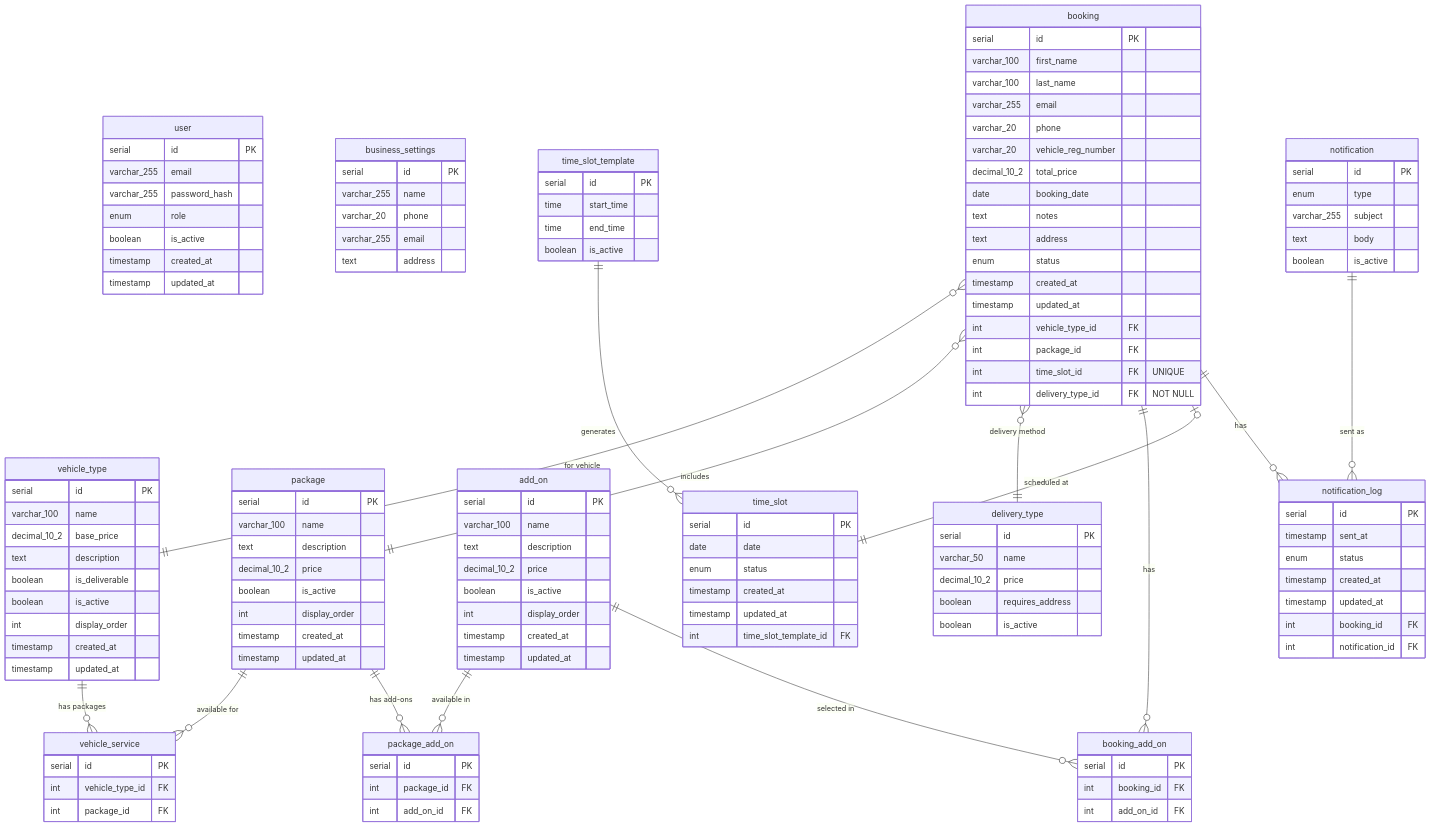
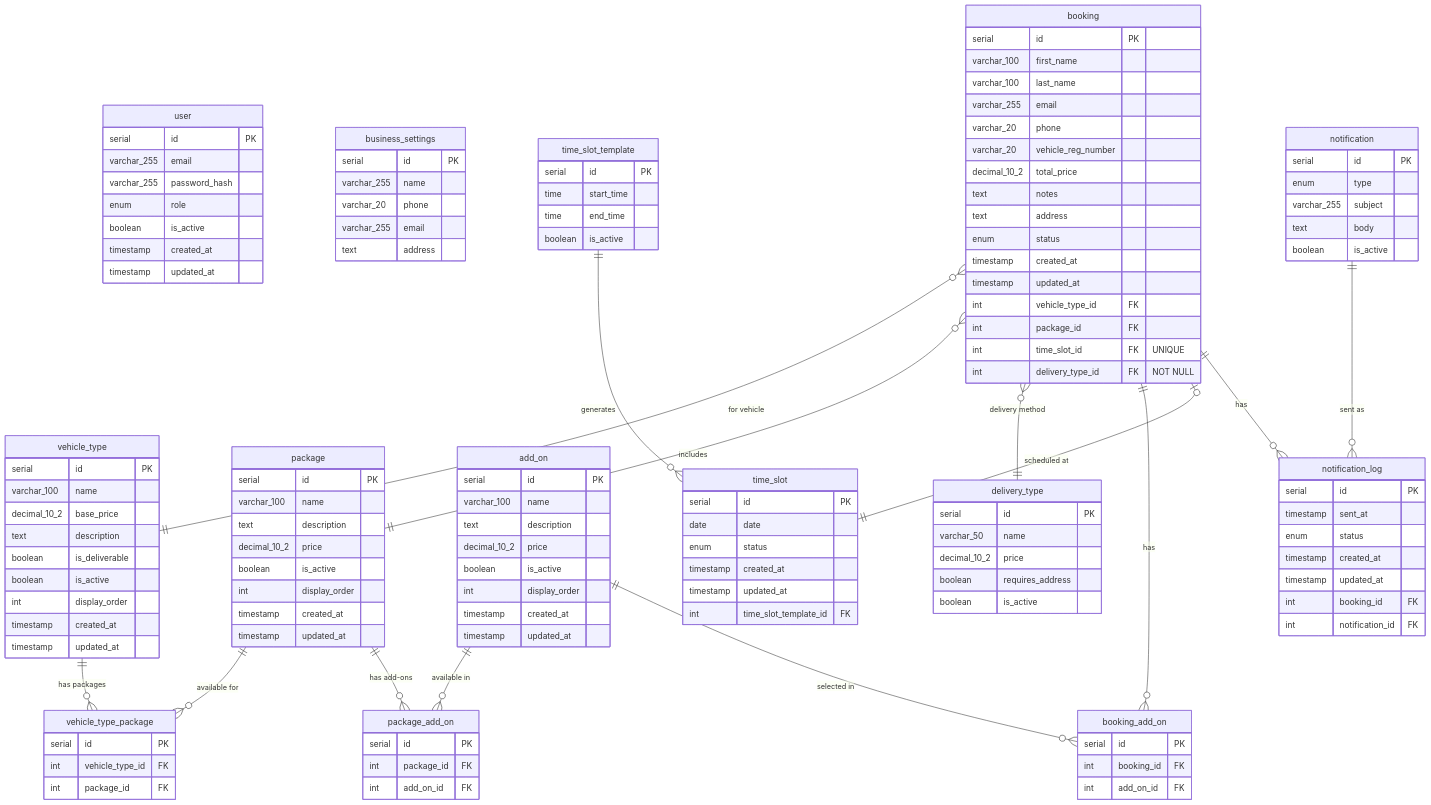
Before and after one commit to aKaidalov/detailing-api: the diagram in docs/erd/v4/erd.md, drawn with Mermaid. The commit also changed other lines of this file and 4 other files, not shown here.

Commit message:
feat: implement schema.sql

```diff
--- a/docs/erd/v4/erd.md
+++ b/docs/erd/v4/erd.md
@@ -104,7 +104,6 @@
         varchar_20 phone
         varchar_20 vehicle_reg_number
         decimal_10_2 total_price
-        date booking_date
         text notes
         text address
         enum status
@@ -142,7 +141,7 @@
     %% JUNCTION TABLES
     %% ==========================================
 
-    vehicle_service {
+    vehicle_type_package {
         serial id PK
         int vehicle_type_id FK
         int package_id FK
@@ -165,8 +164,8 @@
     %% ==========================================
 
     %% Catalog relationships (M:N via junction tables)
-    vehicle_type ||--o{ vehicle_service : "has packages"
-    package ||--o{ vehicle_service : "available for"
+    vehicle_type ||--o{ vehicle_type_package : "has packages"
+    package ||--o{ vehicle_type_package : "available for"
 
     package ||--o{ package_add_on : "has add-ons"
     add_on ||--o{ package_add_on : "available in"
```
